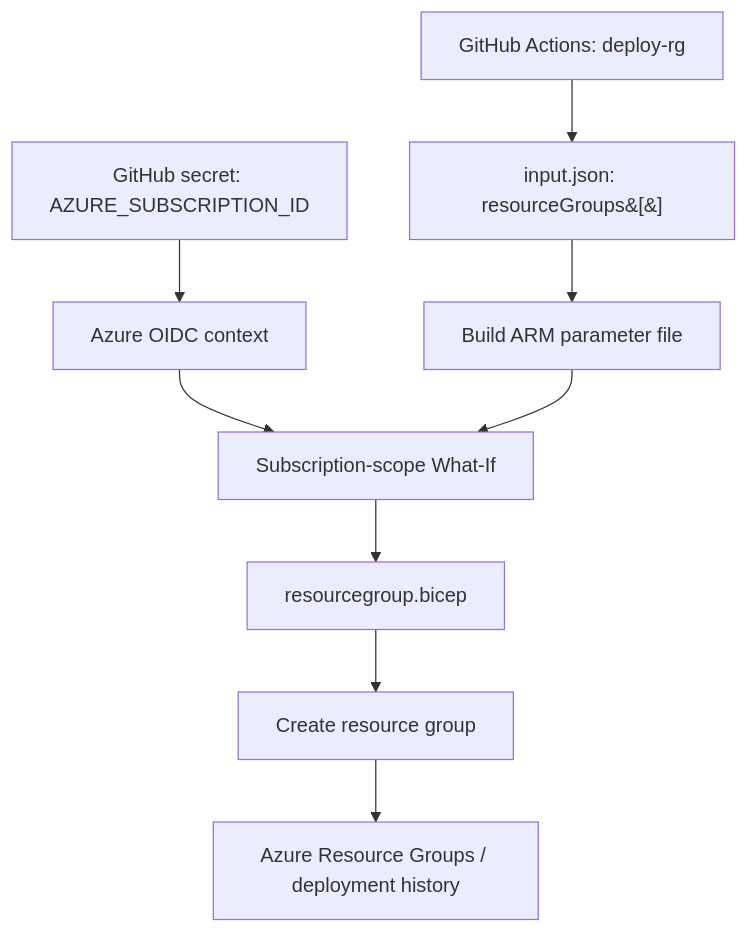
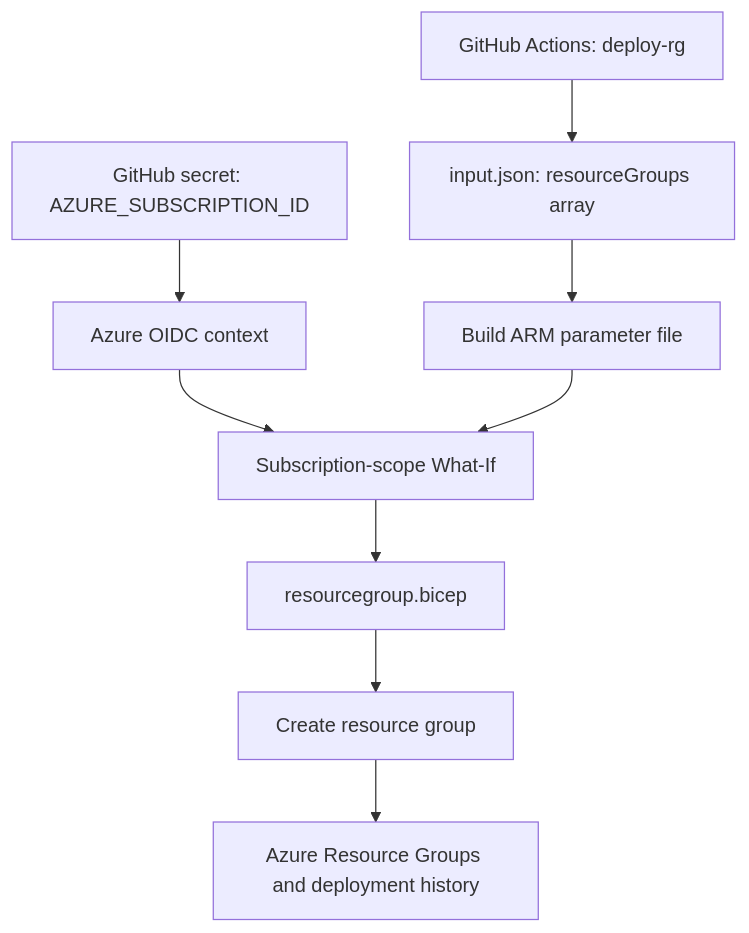
Before and after one commit to PROMETHEUS-N/BIFROST_NEW: the diagram in modules/RG/resourcegroup.md, drawn with Mermaid.

Commit message:
docs: make Mermaid node labels GitHub-parser safe

````diff
--- a/modules/RG/resourcegroup.md
+++ b/modules/RG/resourcegroup.md
@@ -35,11 +35,11 @@
 ```mermaid
 flowchart TD
-  A[GitHub Actions: deploy-rg] --> B[input.json: resourceGroups&#91;&#93;]
-  C[GitHub secret: AZURE_SUBSCRIPTION_ID] --> D[Azure OIDC context]
-  B --> E[Build ARM parameter file]
-  D --> F[Subscription-scope What-If]
-  E --> F
-  F --> G[resourcegroup.bicep]
-  G --> H[Create resource group]
-  H --> I[Azure Resource Groups / deployment history]
+ A["GitHub Actions: deploy-rg"] --> B["input.json: resourceGroups array"]
+ C["GitHub secret: AZURE_SUBSCRIPTION_ID"] --> D["Azure OIDC context"]
+ B --> E["Build ARM parameter file"]
+ D --> F["Subscription-scope What-If"]
+ E --> F
+ F --> G["resourcegroup.bicep"]
+ G --> H["Create resource group"]
+ H --> I["Azure Resource Groups and deployment history"]
 ```
````
